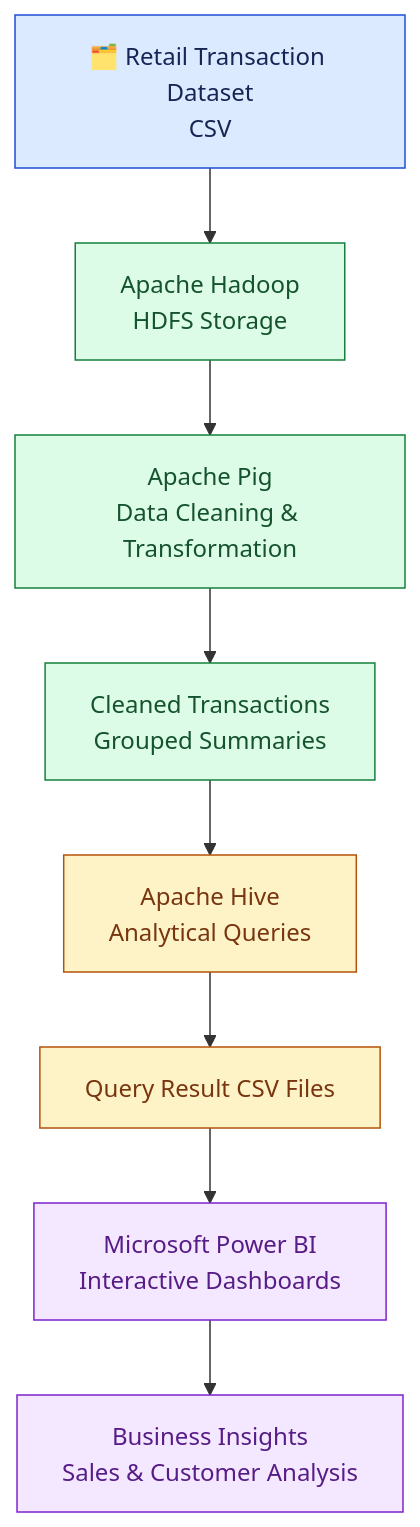
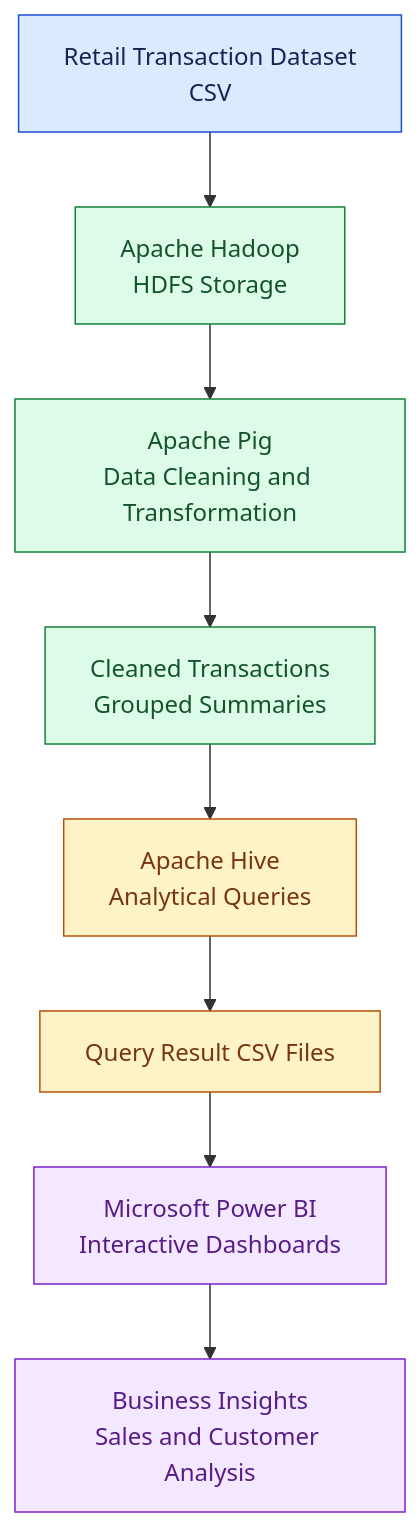
One commit to meghanagowda75/Retail_BigData_Analytics changed the diagram in README.md. Above: the diagram before and after it, drawn with Mermaid. The commit also changed other lines of this file, not shown here.

````diff
--- a/README.md
+++ b/README.md
@@ -116,20 +125,20 @@
 ```mermaid
 flowchart TD
-    A["🗂️ Retail Transaction Dataset<br/>CSV"] --> B["Apache Hadoop<br/>HDFS Storage"]
-    B --> C["Apache Pig<br/>Data Cleaning & Transformation"]
+    A["Retail Transaction Dataset<br/>CSV"] --> B["Apache Hadoop<br/>HDFS Storage"]
+    B --> C["Apache Pig<br/>Data Cleaning and Transformation"]
     C --> D["Cleaned Transactions<br/>Grouped Summaries"]
     D --> E["Apache Hive<br/>Analytical Queries"]
     E --> F["Query Result CSV Files"]
     F --> G["Microsoft Power BI<br/>Interactive Dashboards"]
-    G --> H["Business Insights<br/>Sales & Customer Analysis"]
+    G --> H["Business Insights<br/>Sales and Customer Analysis"]
 
     classDef source fill:#dbeafe,stroke:#1d4ed8,color:#172554
     classDef processing fill:#dcfce7,stroke:#15803d,color:#14532d
     classDef analytics fill:#fef3c7,stroke:#b45309,color:#78350f
     classDef output fill:#f3e8ff,stroke:#7e22ce,color:#581c87
 
     class A source
     class B,C,D processing
     class E,F analytics
     class G,H output
 ```
````
